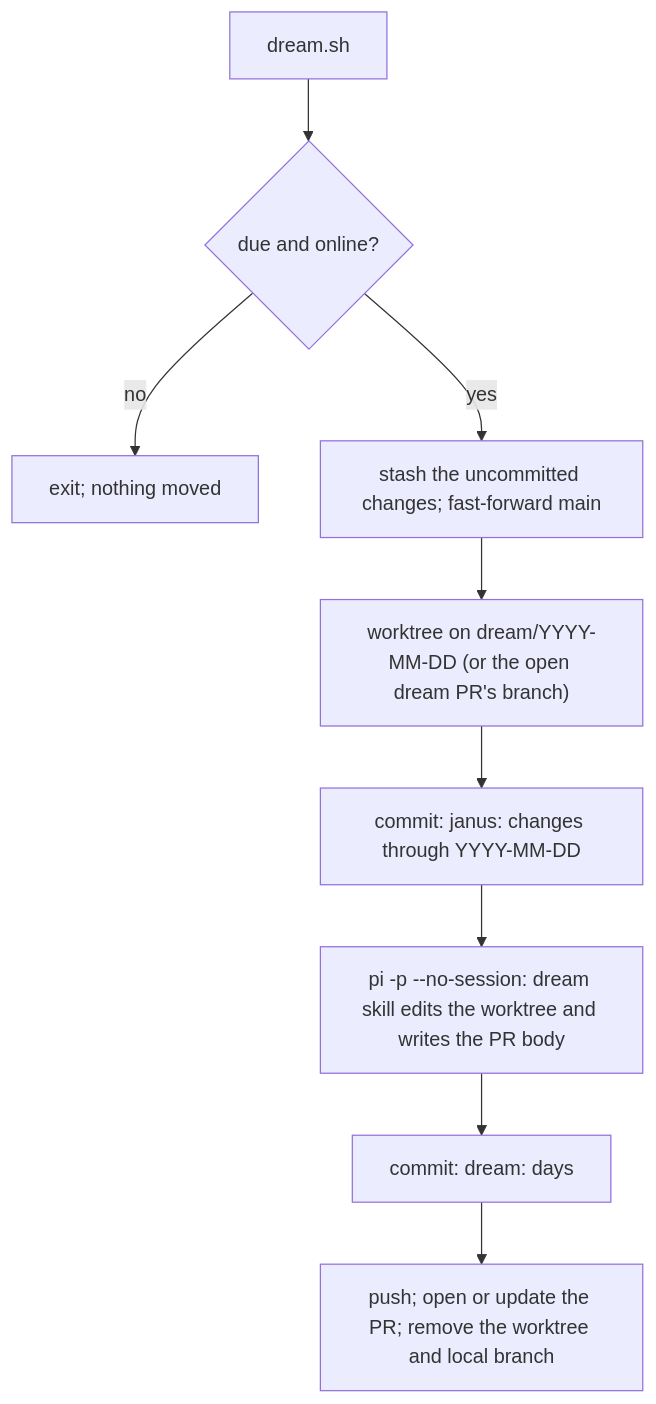
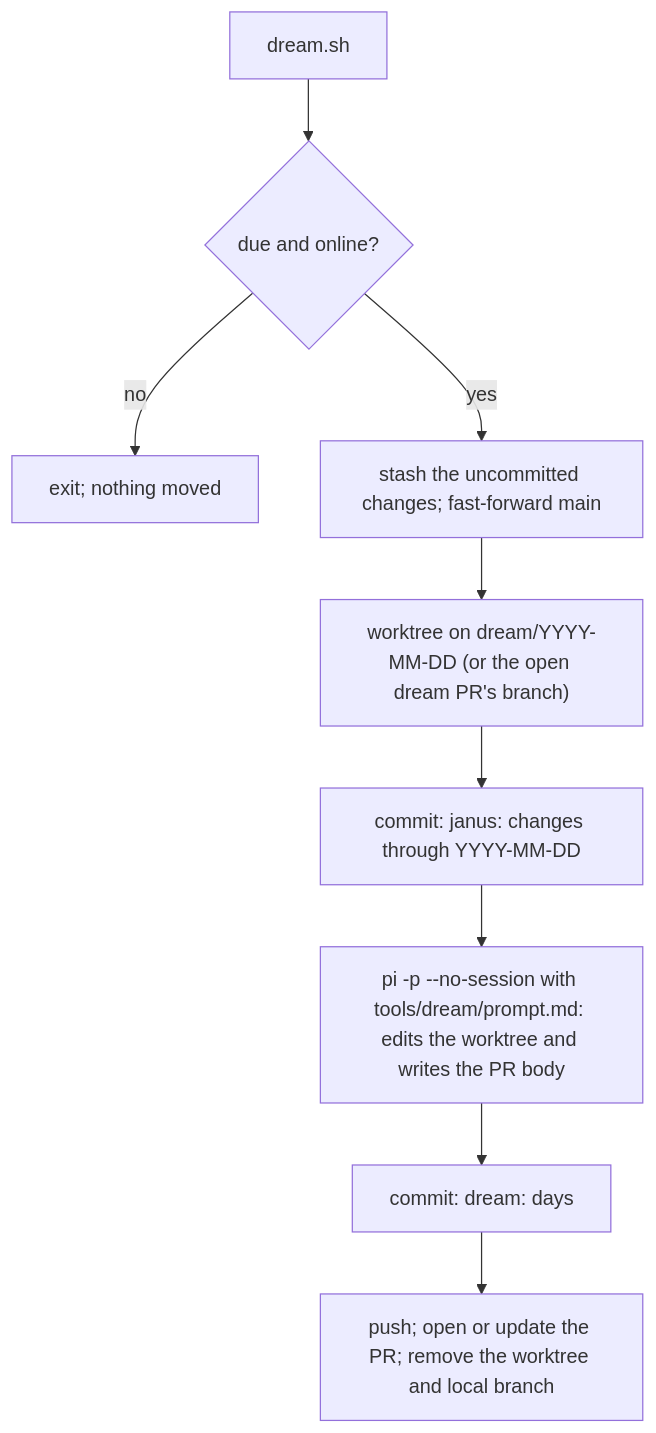
Before and after one commit to greyyT/janus: the diagram in docs/dream.md, drawn with Mermaid. The commit also changed other lines of this file and 5 other files, not shown here.

Commit message:
refactor(dream): move Dream's instructions into a prompt file

````diff
--- a/docs/dream.md
+++ b/docs/dream.md
@@ -27,11 +27,11 @@
 ```mermaid
 flowchart TD
   D["dream.sh"] --> N{"due and online?"}
   N -- no --> X["exit; nothing moved"]
   N -- yes --> M["stash the uncommitted changes; fast-forward main"]
   M --> W["worktree on dream/YYYY-MM-DD (or the open dream PR's branch)"]
   W --> C["commit: janus: changes through YYYY-MM-DD"]
-  C --> P["pi -p --no-session: dream skill edits the worktree and writes the PR body"]
+  C --> P["pi -p --no-session with tools/dream/prompt.md: edits the worktree and writes the PR body"]
   P --> K["commit: dream: days"]
   K --> R["push; open or update the PR; remove the worktree and local branch"]
 ```
````
